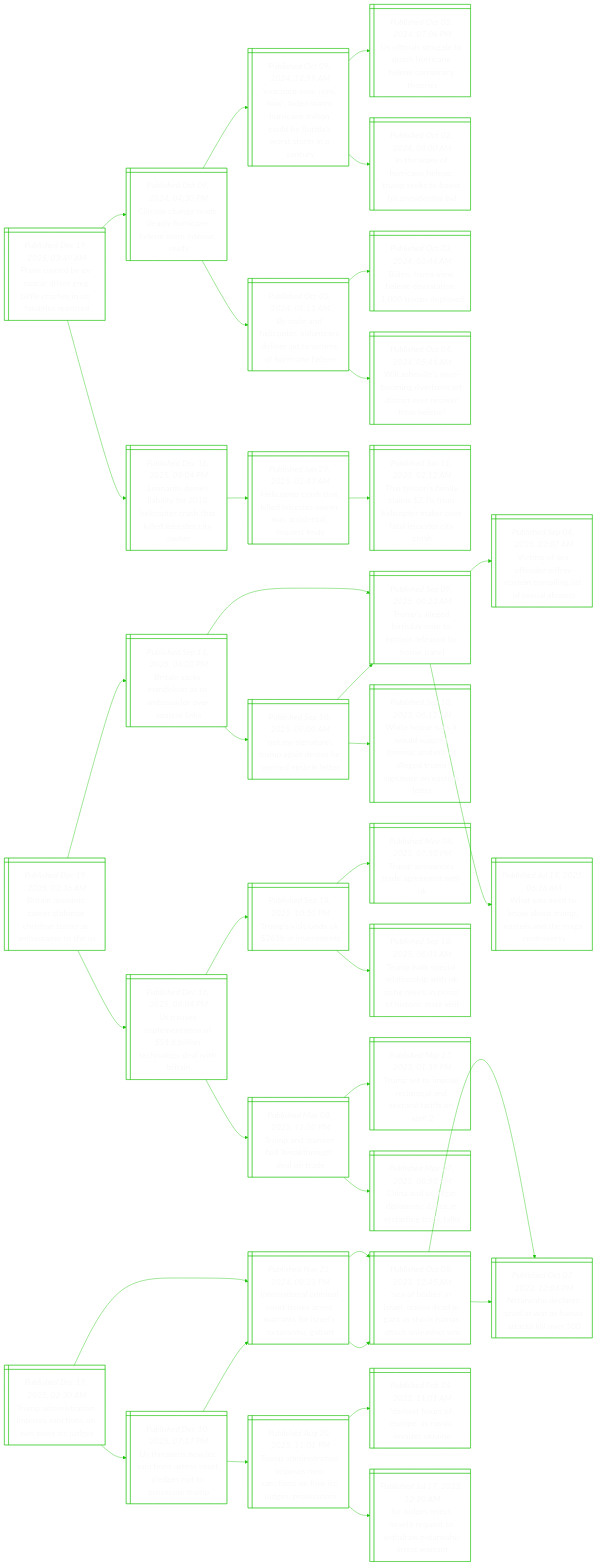
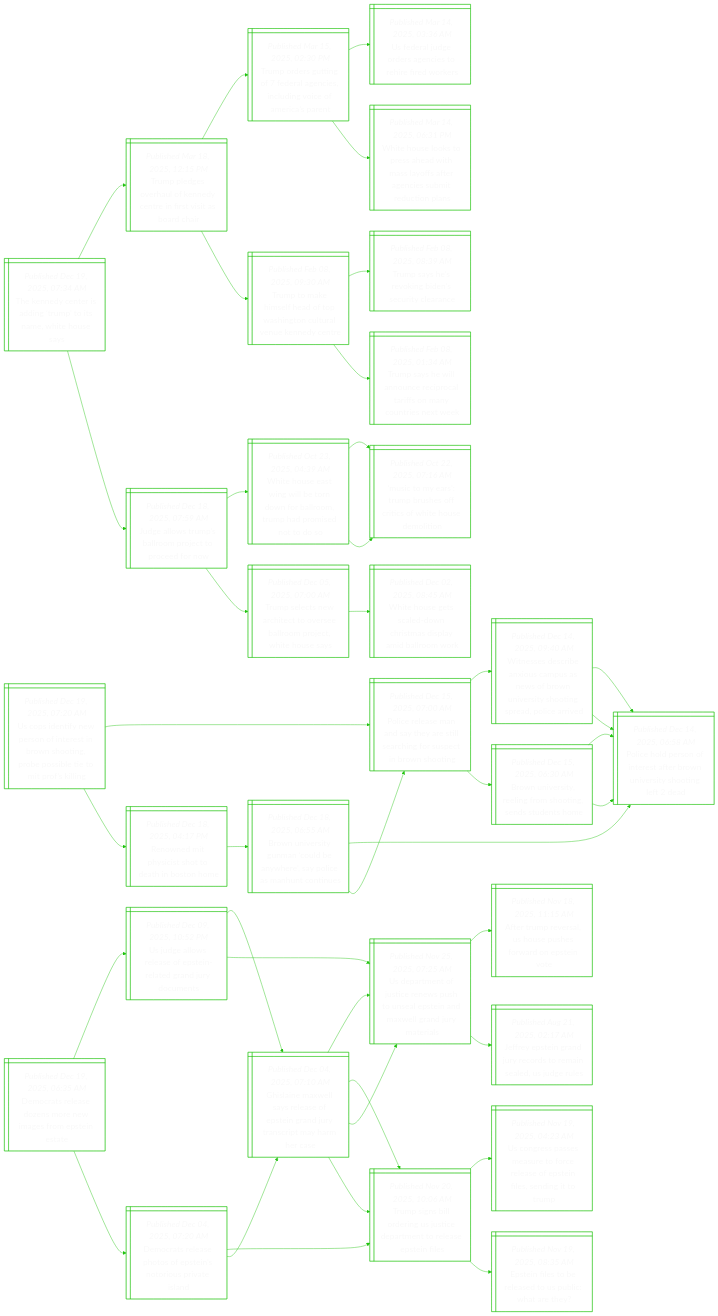
One commit to notJmes/notJmes changed the diagram in README.md. Above: the diagram before and after it, drawn with Mermaid. The commit also changed other lines of this file, not shown here.

````diff
--- a/README.md
+++ b/README.md
@@ -16,118 +16,130 @@
 flowchart LR
 classDef txtsize font-size:20px;
 
-PobAdrBehUaeo@{ shape: win-pane, label: "_Published Dec 19, 2025, 03:49 AM_
-Plane owned by ex-nascar driver greg biffle crashes in us; fatalities reported" }
-Ctnddrneret@{ shape: win-pane, label: "_Published Oct 09, 2024, 04:30 PM_
-Climate change made deadly hurricane helene more intense: study" }
-Eawoenreollasrcr@{ shape: win-pane, label: "_Published Oct 09, 2024, 12:59 AM_
-‘evacuate now, now, now’: biden warns hurricane milton could be florida’s worst storm in a century" }
-UisgohiHepyr@{ shape: win-pane, label: "_Published Oct 05, 2024, 07:06 PM_
-Us officials struggle to quash hurricane helene conspiracy theories" }
-IwfiHepsosiid@{ shape: win-pane, label: "_Published Oct 02, 2024, 08:00 AM_
-In the wake of hurricane helene, trump seeks to boost his presidential bid" }
-BeepoeeroiHce@{ shape: win-pane, label: "_Published Oct 05, 2024, 01:11 AM_
-By mule and helicopter, volunteers deliver aid to victims of hurricane helene" }
-BHsHesoopd@{ shape: win-pane, label: "_Published Oct 03, 2024, 03:44 AM_
-Biden, harris view helene devastation, 1,000 troops deployed" }
-Wslnorfastremn@{ shape: win-pane, label: "_Published Oct 04, 2024, 05:41 AM_
-Will asheville’s once-booming riverfront art district ever recover from helene?" }
-LrniircrhkdeCw@{ shape: win-pane, label: "_Published Dec 16, 2025, 09:04 PM_
-Leonardo denies liability for 2018 helicopter crash that killed leicester city owner" }
-HoctiLswaiaui@{ shape: win-pane, label: "_Published Jan 29, 2025, 02:43 AM_
-Helicopter crash that killed leicester owner was accidental, inquest finds" }
-Tyslirltkeacrc@{ shape: win-pane, label: "_Published Jan 11, 2025, 02:12 AM_
-Thai tycoon’s family claims $2.7b from helicopter maker over fatal leicester city crash" }
+TnCrdroaiuy@{ shape: win-pane, label: "_Published Dec 19, 2025, 07:34 AM_
+The kennedy center is adding ‘trump’ to its name, white house says" }
+Tperoneisioh@{ shape: win-pane, label: "_Published Mar 18, 2025, 12:15 PM_
+Trump pledges overhaul of kennedy centre in first visit as board chair" }
+Tosifanidofia@{ shape: win-pane, label: "_Published Mar 15, 2025, 02:30 PM_
+Trump orders gutting of 7 federal agencies, including voice of america’s parent" }
+Ueurairede@{ shape: win-pane, label: "_Published Mar 14, 2025, 03:36 AM_
+Us federal judge orders agencies to rehire fired workers" }
+WHltsahlfenstcp@{ shape: win-pane, label: "_Published Mar 14, 2025, 06:31 PM_
+White house looks to press ahead with mass layoffs after agencies submit reduction plans" }
+TteeaohotvKdt@{ shape: win-pane, label: "_Published Feb 08, 2025, 09:30 AM_
+Trump to make himself head of top washington cultural venue kennedy centre" }
+TseoBsrln@{ shape: win-pane, label: "_Published Feb 08, 2025, 08:39 AM_
+Trump says he’s revoking biden’s security clearance" }
+Tseanccroytne@{ shape: win-pane, label: "_Published Feb 08, 2025, 01:34 AM_
+Trump says he will announce reciprocal tariffs on many countries next week" }
+Jasplpcrdo@{ shape: win-pane, label: "_Published Dec 18, 2025, 07:59 AM_
+Judge allows trump’s ballroom project to proceed for now" }
+WHEilowboudioo@{ shape: win-pane, label: "_Published Oct 23, 2025, 04:39 AM_
+White house east wing will be torn down for ballroom, trump had promised not to do so" }
+Mtauuoiotsoo@{ shape: win-pane, label: "_Published Oct 22, 2025, 07:16 AM_
+‘music to my ears’: trump brushes off critics of white house demolition" }
+Mtauuoiotsoo@{ shape: win-pane, label: "_Published Oct 22, 2025, 07:16 AM_
+‘music to my ears’: trump brushes off critics of white house demolition" }
+Tstatoslmeiuy@{ shape: win-pane, label: "_Published Dec 05, 2025, 07:00 AM_
+Trump selects new architect to oversee ballroom project, white house says" }
+WHgcdhmsaaok@{ shape: win-pane, label: "_Published Dec 02, 2025, 08:45 AM_
+White house gets scaled-down christmas display amid ballroom work" }
 
-PobAdrBehUaeo:::txtsize --> Ctnddrneret:::txtsize
-Ctnddrneret:::txtsize --> Eawoenreollasrcr:::txtsize
-Eawoenreollasrcr:::txtsize --> UisgohiHepyr:::txtsize
-Eawoenreollasrcr:::txtsize --> IwfiHepsosiid:::txtsize
-Ctnddrneret:::txtsize --> BeepoeeroiHce:::txtsize
-BeepoeeroiHce:::txtsize --> BHsHesoopd:::txtsize
-BeepoeeroiHce:::txtsize --> Wslnorfastremn:::txtsize
-PobAdrBehUaeo:::txtsize --> LrniircrhkdeCw:::txtsize
-LrniircrhkdeCw:::txtsize --> HoctiLswaiaui:::txtsize
-HoctiLswaiaui:::txtsize --> Tyslirltkeacrc:::txtsize
+TnCrdroaiuy:::txtsize --> Tperoneisioh:::txtsize
+Tperoneisioh:::txtsize --> Tosifanidofia:::txtsize
+Tosifanidofia:::txtsize --> Ueurairede:::txtsize
+Tosifanidofia:::txtsize --> WHltsahlfenstcp:::txtsize
+Tperoneisioh:::txtsize --> TteeaohotvKdt:::txtsize
+TteeaohotvKdt:::txtsize --> TseoBsrln:::txtsize
+TteeaohotvKdt:::txtsize --> Tseanccroytne:::txtsize
+TnCrdroaiuy:::txtsize --> Jasplpcrdo:::txtsize
+Jasplpcrdo:::txtsize --> WHEilowboudioo:::txtsize
+WHEilowboudioo:::txtsize --> Mtauuoiotsoo:::txtsize
+WHEilowboudioo:::txtsize --> Mtauuoiotsoo:::txtsize
+Jasplpcrdo:::txtsize --> Tstatoslmeiuy:::txtsize
+Tstatoslmeiuy:::txtsize --> WHgcdhmsaaok:::txtsize
 
-Biocrohirssre@{ shape: win-pane, label: "_Published Dec 19, 2025, 02:36 AM_
-Britain appoints career diplomat christian turner as ambassador to the us" }
-Bikdnasopns@{ shape: win-pane, label: "_Published Sep 11, 2025, 06:03 PM_
-Britain sacks mandelson as us ambassador over epstein links" }
-Tsgrytteeoa@{ shape: win-pane, label: "_Published Sep 09, 2025, 04:23 AM_
-Trump’s alleged birthday note to epstein released by house panel" }
-VmeeJetoisear@{ shape: win-pane, label: "_Published Sep 04, 2025, 02:07 AM_
-Victims of sex offender jeffrey epstein compiling list of sexual abusers" }
-WodoumtnMov@{ shape: win-pane, label: "_Published Jul 19, 2025, 06:16 AM_
-What you need to know about trump, epstein and the maga controversy" }
-Nstrgehnslr@{ shape: win-pane, label: "_Published Sep 10, 2025, 09:00 AM_
-‘not my signature’: trump again denies he penned epstein letter" }
-Tsgrytteeoa@{ shape: win-pane, label: "_Published Sep 09, 2025, 04:23 AM_
-Trump’s alleged birthday note to epstein released by house panel" }
-WHstdorcyfgugrpne@{ shape: win-pane, label: "_Published Sep 10, 2025, 06:12 AM_
-White house says it would support forensic analysis of alleged trump signature on epstein letter" }
-Uspnoinnywrn@{ shape: win-pane, label: "_Published Dec 16, 2025, 08:04 PM_
-Us pauses implementation of $51.6 billion technology deal with britain" }
-Tstsnst@{ shape: win-pane, label: "_Published Sep 18, 2025, 10:10 PM_
-Trump’s visit lands uk $261b in investments" }
-Tanrget@{ shape: win-pane, label: "_Published May 08, 2025, 07:50 PM_
-Trump announces trade agreement with uk" }
-Thsaasiaeipscet@{ shape: win-pane, label: "_Published Sep 18, 2025, 06:01 AM_
-Trump hails special relationship with uk as he revels in pomp of historic state visit" }
-Taahrhhod@{ shape: win-pane, label: "_Published May 08, 2025, 11:50 PM_
-Trump and starmer hail ‘breakthrough’ deal on trade" }
-Tsiepleainl@{ shape: win-pane, label: "_Published Mar 17, 2025, 01:39 PM_
-Trump set to impose reciprocal and sectoral tariffs on april 2" }
-Cabdmditndk@{ shape: win-pane, label: "_Published May 07, 2025, 08:50 PM_
-China and us begin diplomatic dance in restarting trade talks" }
+UstesieBsioseorig@{ shape: win-pane, label: "_Published Dec 19, 2025, 07:20 AM_
+Us cops identify new person of interest in brown shooting, probe possible tie to mit prof’s killing" }
+PeanayteireBsi@{ shape: win-pane, label: "_Published Dec 15, 2025, 07:00 AM_
+Police release man and say they are still searching for suspect in brown shooting" }
+Wsebiaasoiiogair@{ shape: win-pane, label: "_Published Dec 14, 2025, 09:40 AM_
+Witnesses describe anxious campus as news of brown university shooting spread, police arrived" }
+Pepnttrneytea@{ shape: win-pane, label: "_Published Dec 14, 2025, 06:58 AM_
+Police hold person of interest after brown university shooting left 2 dead" }
+Pepnttrneytea@{ shape: win-pane, label: "_Published Dec 14, 2025, 06:58 AM_
+Police hold person of interest after brown university shooting left 2 dead" }
+BUrrnmtette@{ shape: win-pane, label: "_Published Dec 15, 2025, 06:30 AM_
+Brown university, reeling from shooting, sends students home" }
+Pepnttrneytea@{ shape: win-pane, label: "_Published Dec 14, 2025, 06:58 AM_
+Police hold person of interest after brown university shooting left 2 dead" }
+Pepnttrneytea@{ shape: win-pane, label: "_Published Dec 14, 2025, 06:58 AM_
+Police hold person of interest after brown university shooting left 2 dead" }
+RnTisohso@{ shape: win-pane, label: "_Published Dec 18, 2025, 04:17 PM_
+Renowned mit physicist shot to death in boston home" }
+BUrgndyeoahou@{ shape: win-pane, label: "_Published Dec 18, 2025, 06:55 AM_
+Brown university gunman ‘could be anywhere’, say police as manhunt continues" }
+Pepnttrneytea@{ shape: win-pane, label: "_Published Dec 14, 2025, 06:58 AM_
+Police hold person of interest after brown university shooting left 2 dead" }
+PeanayteireBsi@{ shape: win-pane, label: "_Published Dec 15, 2025, 07:00 AM_
+Police release man and say they are still searching for suspect in brown shooting" }
 
-Biocrohirssre:::txtsize --> Bikdnasopns:::txtsize
-Bikdnasopns:::txtsize --> Tsgrytteeoa:::txtsize
-Tsgrytteeoa:::txtsize --> VmeeJetoisear:::txtsize
-Tsgrytteeoa:::txtsize --> WodoumtnMov:::txtsize
-Bikdnasopns:::txtsize --> Nstrgehnslr:::txtsize
-Nstrgehnslr:::txtsize --> Tsgrytteeoa:::txtsize
-Nstrgehnslr:::txtsize --> WHstdorcyfgugrpne:::txtsize
-Biocrohirssre:::txtsize --> Uspnoinnywrn:::txtsize
-Uspnoinnywrn:::txtsize --> Tstsnst:::txtsize
-Tstsnst:::txtsize --> Tanrget:::txtsize
-Tstsnst:::txtsize --> Thsaasiaeipscet:::txtsize
-Uspnoinnywrn:::txtsize --> Taahrhhod:::txtsize
-Taahrhhod:::txtsize --> Tsiepleainl:::txtsize
-Taahrhhod:::txtsize --> Cabdmditndk:::txtsize
+UstesieBsioseorig:::txtsize --> PeanayteireBsi:::txtsize
+PeanayteireBsi:::txtsize --> Wsebiaasoiiogair:::txtsize
+Wsebiaasoiiogair:::txtsize --> Pepnttrneytea:::txtsize
+Wsebiaasoiiogair:::txtsize --> Pepnttrneytea:::txtsize
+PeanayteireBsi:::txtsize --> BUrrnmtette:::txtsize
+BUrrnmtette:::txtsize --> Pepnttrneytea:::txtsize
+BUrrnmtette:::txtsize --> Pepnttrneytea:::txtsize
+UstesieBsioseorig:::txtsize --> RnTisohso:::txtsize
+RnTisohso:::txtsize --> BUrgndyeoahou:::txtsize
+BUrgndyeoahou:::txtsize --> Pepnttrneytea:::txtsize
+BUrgndyeoahou:::txtsize --> PeanayteireBsi:::txtsize
 
-TaitmstomCg@{ shape: win-pane, label: "_Published Dec 19, 2025, 02:30 AM_
-Trump administration imposes sanctions on two more icc judges" }
-InnilteersssnGn@{ shape: win-pane, label: "_Published Nov 21, 2024, 08:23 PM_
-International criminal court issues arrest warrants for israel’s netanyahu, gallant" }
-Sbsrcdnacaale@{ shape: win-pane, label: "_Published Oct 08, 2023, 12:45 AM_
-‘sea of bodies’ in israel, scores dead in gaza as shock hamas attack unleashes war" }
-NyeeawHakl@{ shape: win-pane, label: "_Published Oct 07, 2023, 12:04 PM_
-Netanyahu declares israel at war as hamas attacks kill over 100" }
-NyeeawHakl@{ shape: win-pane, label: "_Published Oct 07, 2023, 12:04 PM_
-Netanyahu declares israel at war as hamas attacks kill over 100" }
-UesCcssrdoruu@{ shape: win-pane, label: "_Published Dec 10, 2025, 07:17 PM_
-Us threatens new icc sanctions unless court pledges not to prosecute trump" }
-InnilteersssnGn@{ shape: win-pane, label: "_Published Nov 21, 2024, 08:23 PM_
-International criminal court issues arrest warrants for israel’s netanyahu, gallant" }
-Sbsrcdnacaale@{ shape: win-pane, label: "_Published Oct 08, 2023, 12:45 AM_
-‘sea of bodies’ in israel, scores dead in gaza as shock hamas attack unleashes war" }
-TaitmsaofCgot@{ shape: win-pane, label: "_Published Aug 20, 2025, 11:01 PM_
-Trump administration imposes new sanctions on four icc judges, prosecutors" }
-DsruasvUn@{ shape: win-pane, label: "_Published Feb 24, 2022, 11:01 AM_
-'darkest hours of europe' as russia invades ukraine" }
-IdeIluodearat@{ shape: win-pane, label: "_Published Jul 17, 2025, 12:20 AM_
-Icc judges reject israel’s request to withdraw netanyahu arrest warrant" }
+Dreenemfpnt@{ shape: win-pane, label: "_Published Dec 19, 2025, 06:35 AM_
+Democrats release dozens more new images from epstein estate" }
+Ugoloteddde@{ shape: win-pane, label: "_Published Dec 09, 2025, 10:52 PM_
+Us judge allows release of epstein-related grand jury documents" }
+Gaalrspndtcmrc@{ shape: win-pane, label: "_Published Dec 04, 2025, 07:10 AM_
+Ghislaine maxwell says release of epstein grand jury transcript may harm her case" }
+Uanuewhspnaldmi@{ shape: win-pane, label: "_Published Nov 25, 2025, 07:25 AM_
+Us department of justice renews push to unseal epstein and maxwell grand jury materials" }
+TsBrnuertlEie@{ shape: win-pane, label: "_Published Nov 20, 2025, 10:06 AM_
+Trump signs bill ordering us justice department to release epstein files" }
+Uanuewhspnaldmi@{ shape: win-pane, label: "_Published Nov 25, 2025, 07:25 AM_
+Us department of justice renews push to unseal epstein and maxwell grand jury materials" }
+ATrsHpsaEie@{ shape: win-pane, label: "_Published Nov 18, 2025, 11:15 AM_
+After trump reversal, us house pushes forward on epstein vote" }
+JetructaaSes@{ shape: win-pane, label: "_Published Aug 21, 2025, 02:17 AM_
+Jeffrey epstein grand jury records to remain sealed, us judge rules" }
+Dreeopnosal@{ shape: win-pane, label: "_Published Dec 04, 2025, 07:20 AM_
+Democrats release photos of epstein’s notorious private island" }
+TsBrnuertlEie@{ shape: win-pane, label: "_Published Nov 20, 2025, 10:06 AM_
+Trump signs bill ordering us justice department to release epstein files" }
+Ugpsufrspnsitm@{ shape: win-pane, label: "_Published Nov 19, 2025, 04:23 AM_
+Us congress passes measure to force release of epstein files, sending it to trump" }
+Eieeaobhe@{ shape: win-pane, label: "_Published Nov 19, 2025, 08:35 AM_
+Epstein files to be released to us public: what are they?" }
+Gaalrspndtcmrc@{ shape: win-pane, label: "_Published Dec 04, 2025, 07:10 AM_
+Ghislaine maxwell says release of epstein grand jury transcript may harm her case" }
+Uanuewhspnaldmi@{ shape: win-pane, label: "_Published Nov 25, 2025, 07:25 AM_
+Us department of justice renews push to unseal epstein and maxwell grand jury materials" }
+TsBrnuertlEie@{ shape: win-pane, label: "_Published Nov 20, 2025, 10:06 AM_
+Trump signs bill ordering us justice department to release epstein files" }
 
-TaitmstomCg:::txtsize --> InnilteersssnGn:::txtsize
-InnilteersssnGn:::txtsize --> Sbsrcdnacaale:::txtsize
-Sbsrcdnacaale:::txtsize --> NyeeawHakl:::txtsize
-Sbsrcdnacaale:::txtsize --> NyeeawHakl:::txtsize
-TaitmstomCg:::txtsize --> UesCcssrdoruu:::txtsize
-UesCcssrdoruu:::txtsize --> InnilteersssnGn:::txtsize
-InnilteersssnGn:::txtsize --> Sbsrcdnacaale:::txtsize
-UesCcssrdoruu:::txtsize --> TaitmsaofCgot:::txtsize
-TaitmsaofCgot:::txtsize --> DsruasvUn:::txtsize
-TaitmsaofCgot:::txtsize --> IdeIluodearat:::txtsize
+Dreenemfpnt:::txtsize --> Ugoloteddde:::txtsize
+Ugoloteddde:::txtsize --> Gaalrspndtcmrc:::txtsize
+Gaalrspndtcmrc:::txtsize --> Uanuewhspnaldmi:::txtsize
+Gaalrspndtcmrc:::txtsize --> TsBrnuertlEie:::txtsize
+Ugoloteddde:::txtsize --> Uanuewhspnaldmi:::txtsize
+Uanuewhspnaldmi:::txtsize --> ATrsHpsaEie:::txtsize
+Uanuewhspnaldmi:::txtsize --> JetructaaSes:::txtsize
+Dreenemfpnt:::txtsize --> Dreeopnosal:::txtsize
+Dreeopnosal:::txtsize --> TsBrnuertlEie:::txtsize
+TsBrnuertlEie:::txtsize --> Ugpsufrspnsitm:::txtsize
+TsBrnuertlEie:::txtsize --> Eieeaobhe:::txtsize
+Dreeopnosal:::txtsize --> Gaalrspndtcmrc:::txtsize
+Gaalrspndtcmrc:::txtsize --> Uanuewhspnaldmi:::txtsize
+Gaalrspndtcmrc:::txtsize --> TsBrnuertlEie:::txtsize
 
 ```
````
